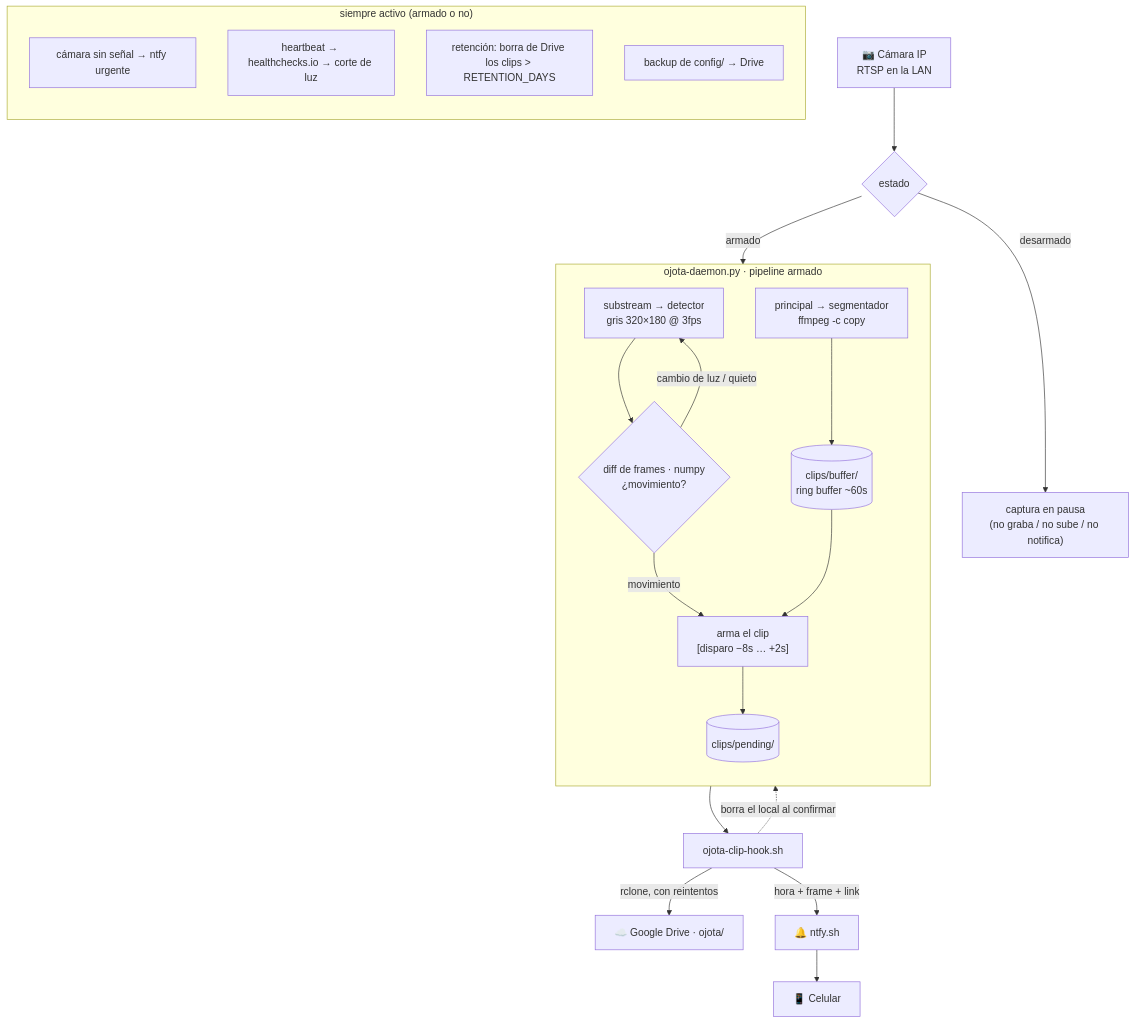
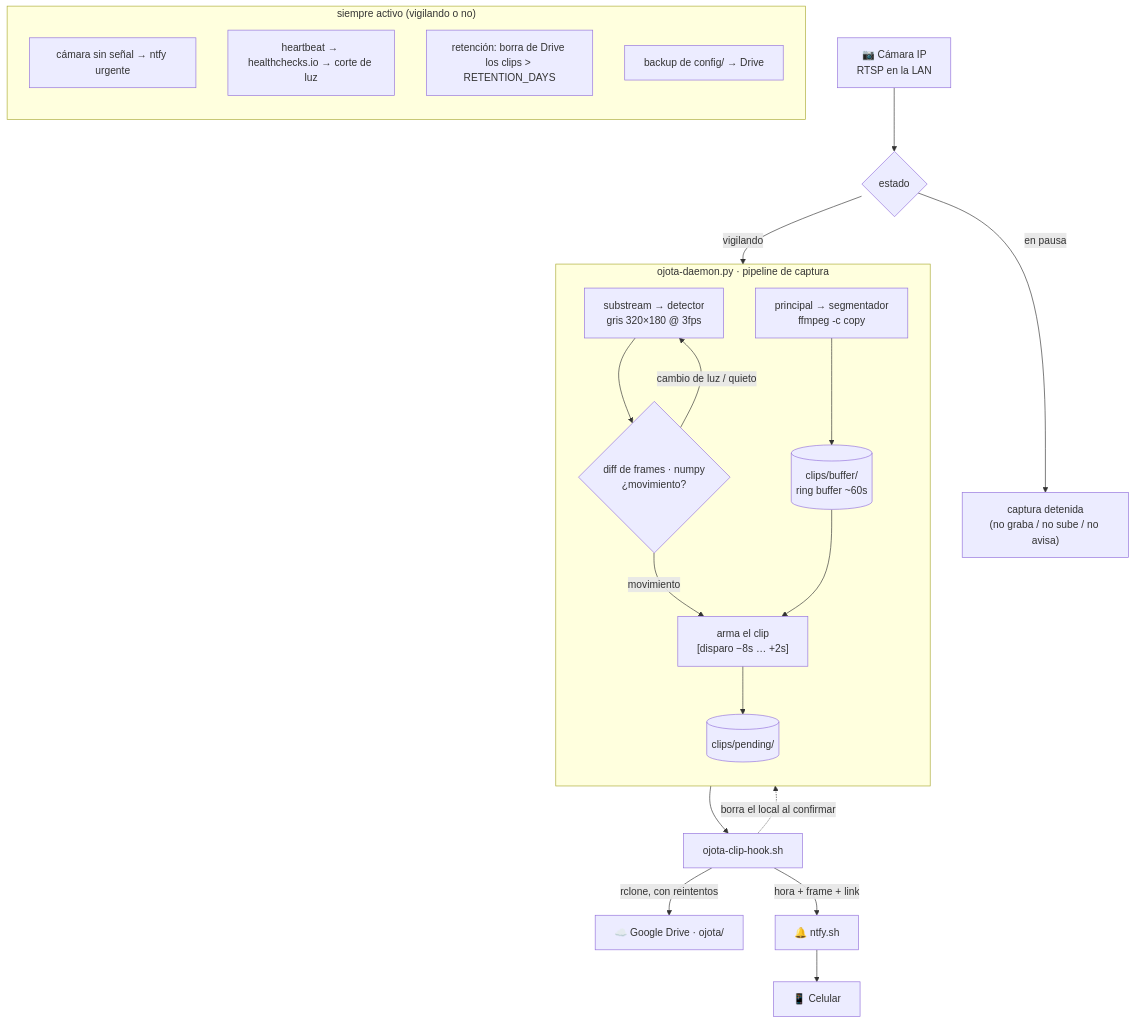
Before and after one commit to nanotaboada/ojota: the diagram in README.md, drawn with Mermaid. The commit also changed other lines of this file and 2 other files, not shown here.

````diff
--- a/README.md
+++ b/README.md
@@ -20,40 +21,40 @@
 ```mermaid
 flowchart TB
     CAM["📷 Cámara IP<br/>RTSP en la LAN"]
     PROF{"estado"}
 
     CAM --> PROF
-    PROF -->|"desarmado"| PAUSE["captura en pausa<br/>(no graba / no sube / no notifica)"]
-    PROF -->|"armado"| SEG
+    PROF -->|"en pausa"| PAUSE["captura detenida<br/>(no graba / no sube / no avisa)"]
+    PROF -->|"vigilando"| SEG
 
-    subgraph DAEMON["ojota-daemon.py · pipeline armado"]
+    subgraph DAEMON["ojota-daemon.py · pipeline de captura"]
         direction TB
         SEG["principal → segmentador<br/>ffmpeg -c copy"]
         BUF[("clips/buffer/<br/>ring buffer ~60s")]
         DET["substream → detector<br/>gris 320×180 @ 3fps"]
         DIFF{"diff de frames · numpy<br/>¿movimiento?"}
         ASM["arma el clip<br/>[disparo −8s … +2s]"]
         PEND[("clips/pending/")]
 
         SEG --> BUF
         DET --> DIFF
         DIFF -->|"cambio de luz / quieto"| DET
         DIFF -->|"movimiento"| ASM
         BUF --> ASM
         ASM --> PEND
     end
 
     PEND --> HOOK["ojota-clip-hook.sh"]
     HOOK -->|"rclone, con reintentos"| GD["☁️ Google Drive · ojota/"]
     HOOK -->|"hora + frame + link"| NTFY["🔔 ntfy.sh"]
     HOOK -.->|"borra el local al confirmar"| PEND
     NTFY --> PHONE["📱 Celular"]
 
-    subgraph SALUD["siempre activo (armado o no)"]
+    subgraph SALUD["siempre activo (vigilando o no)"]
         direction TB
         HL["cámara sin señal → ntfy urgente"]
         HB["heartbeat → healthchecks.io → corte de luz"]
         RET["retención: borra de Drive los clips > RETENTION_DAYS"]
         BK["backup de config/ → Drive"]
     end
 ```
````
